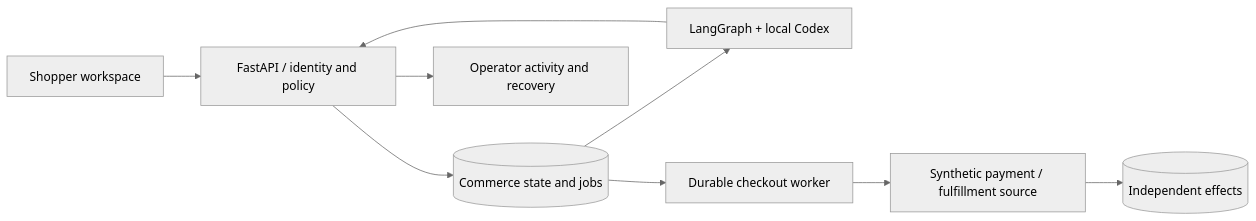
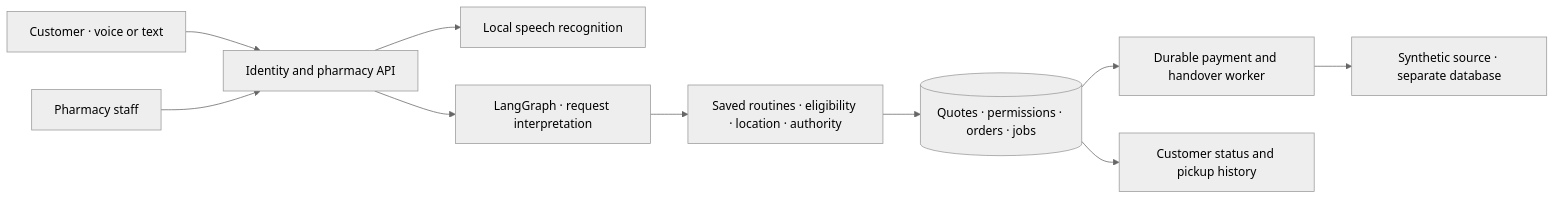
Before and after one commit to sontiachyut/agentic-commerce-platform: the diagram in README.md, drawn with Mermaid (neutral theme). The commit also changed other lines of this file and 63 other files, not shown here.

Commit message:
Build pharmacy family pickup with local neural voice and client demo capture

````diff
--- a/README.md
+++ b/README.md
@@ -52,11 +57,12 @@
 ```mermaid
 flowchart LR
-    UI[Shopper workspace] --> API[FastAPI / identity and policy]
-    API --> DB[(Commerce state and jobs)]
-    DB --> Agent[LangGraph + local Codex]
-    Agent --> API
-    DB --> Worker[Durable checkout worker]
-    Worker --> Source[Synthetic payment / fulfillment source]
-    Source --> SourceDB[(Independent effects)]
-    API --> Review[Operator activity and recovery]
+    Customer[Customer · voice or text] --> API[Identity and pharmacy API]
+    API --> Speech[Local speech recognition]
+    API --> Graph[LangGraph · request interpretation]
+    Graph --> Policy[Saved routines · eligibility · location · authority]
+    Policy --> DB[(Quotes · permissions · orders · jobs)]
+    DB --> Worker[Durable payment and handover worker]
+    Worker --> Source[Synthetic source · separate database]
+    Staff[Pharmacy staff] --> API
+    DB --> History[Customer status and pickup history]
 ```
````
